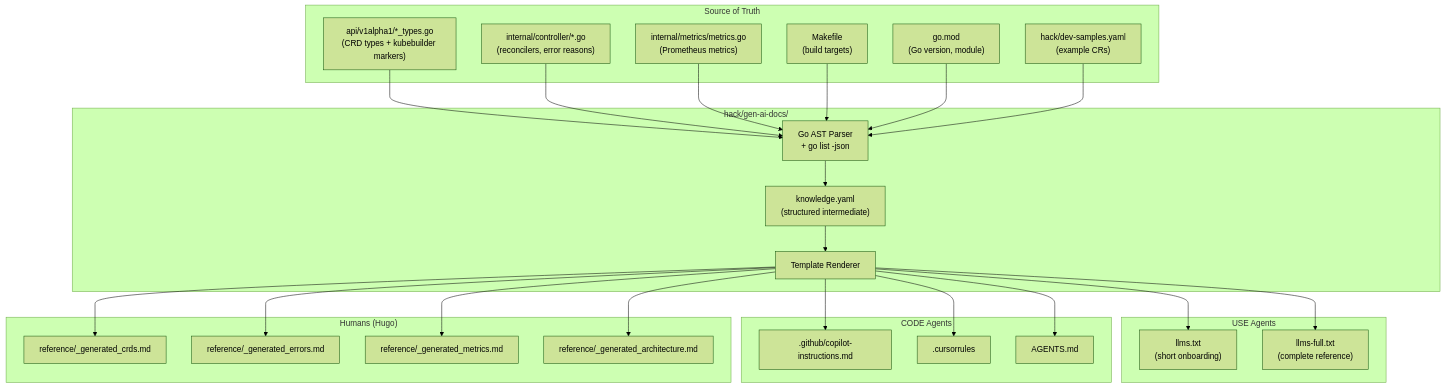
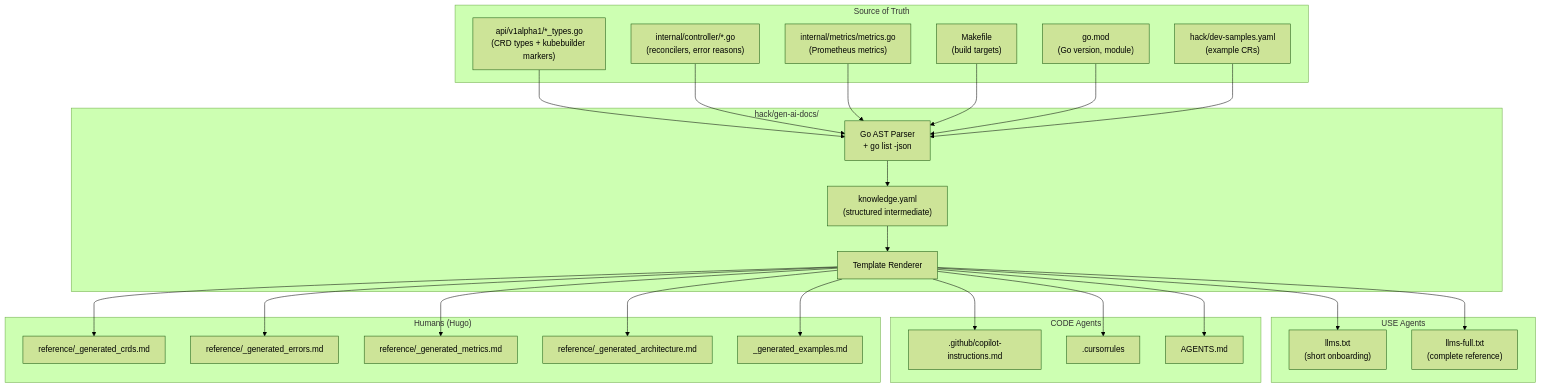
The first of 2 diagrams in docs/doc-generation.md (corewire/drop), drawn with Mermaid (forest theme) before and after one commit. The commit also changed 9 other files, not shown here.

First line of the commit message:
Add generated examples page and update config/samples with real examples

````diff
--- a/docs/doc-generation.md
+++ b/docs/doc-generation.md
@@ -9,55 +9,57 @@
 ```mermaid
 flowchart TD
   subgraph Sources["Source of Truth"]
     TYPES["api/v1alpha1/*_types.go<br/>(CRD types + kubebuilder markers)"]
     CTRL["internal/controller/*.go<br/>(reconcilers, error reasons)"]
     METRICS["internal/metrics/metrics.go<br/>(Prometheus metrics)"]
     MAKEFILE["Makefile<br/>(build targets)"]
     GOMOD["go.mod<br/>(Go version, module)"]
     SAMPLES["hack/dev-samples.yaml<br/>(example CRs)"]
   end
 
   subgraph Generator["hack/gen-ai-docs/"]
     PARSE["Go AST Parser<br/>+ go list -json"]
     KNOWLEDGE["knowledge.yaml<br/>(structured intermediate)"]
     RENDER["Template Renderer"]
   end
 
   subgraph UseAgents["USE Agents"]
     LLMS["llms.txt<br/>(short onboarding)"]
     LLMSFULL["llms-full.txt<br/>(complete reference)"]
   end
 
   subgraph CodeAgents["CODE Agents"]
     COPILOT[".github/copilot-instructions.md"]
     CURSOR[".cursorrules"]
     AGENTS["AGENTS.md"]
   end
 
   subgraph Humans["Humans (Hugo)"]
     CRDS["reference/_generated_crds.md"]
     ERRORS["reference/_generated_errors.md"]
     METRICSH["reference/_generated_metrics.md"]
     ARCH["reference/_generated_architecture.md"]
+    EXAMPLES["_generated_examples.md"]
   end
 
   TYPES --> PARSE
   CTRL --> PARSE
   METRICS --> PARSE
   MAKEFILE --> PARSE
   GOMOD --> PARSE
   SAMPLES --> PARSE
 
   PARSE --> KNOWLEDGE
   KNOWLEDGE --> RENDER
 
   RENDER --> LLMS
   RENDER --> LLMSFULL
   RENDER --> COPILOT
   RENDER --> CURSOR
   RENDER --> AGENTS
   RENDER --> CRDS
   RENDER --> ERRORS
   RENDER --> METRICSH
   RENDER --> ARCH
+  RENDER --> EXAMPLES
 ```
````
